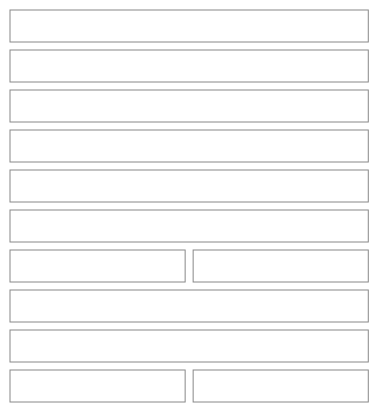
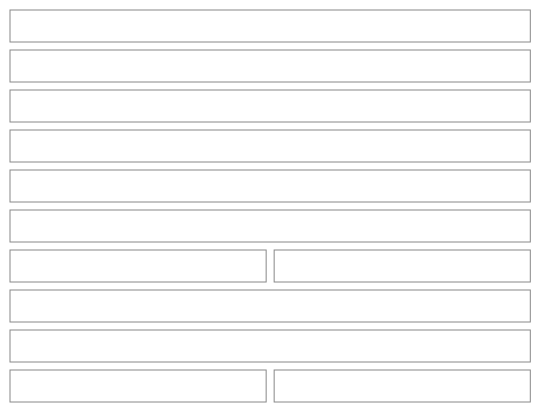
Before and after one commit to NovaMoonX/moondreams-dev-apps: diagram 16 of 33 in src/apps/pinch/UX.md, drawn with Mermaid. The commit also changed other lines of this file and 30 other files, not shown here.

````diff
--- a/src/apps/pinch/UX.md
+++ b/src/apps/pinch/UX.md
@@ -477,29 +507,29 @@
 ```mermaid
 %%{init: {'theme': 'base', 'themeVariables': {'primaryColor': 'transparent', 'primaryBorderColor': '#888888', 'primaryTextColor': '#333333', 'lineColor': '#888888'}}}%%
 block-beta
   columns 2
   T1["Adobo chicken"]:2
-  T2["🍽️ 4 servings · 🔪 Prep 10 min · ⏲️ Cook 35 min"]:2
+  T2["🍽️ 4 servings · 🔪 Prep 10 min · ⏲️ Cook 35 min · 📖 From Serious Eats"]:2
   T4["Cost $12.80 ⚠ · $3.20 per serving"]:2
   T5["🔥 495 · 💪 61g · 🌾 3g · 🥑 25g (when on)"]:2
   T6["2 ingredients need a price · Add prices   ✕"]:2
   T7["INGREDIENTS 6"]:2
   T8["Chicken thighs"]:1
   T9["2 lb"]:1
   T10["STEPS"]:2
   T11["1. Marinate the chicken…"]:2
   T12["Modify"]:1
   T13["Add to calendar"]:1
   style T1 fill:transparent,stroke:#888888,stroke-width:1px;
   style T2 fill:transparent,stroke:#888888,stroke-width:1px;
   style T4 fill:transparent,stroke:#888888,stroke-width:1px;
   style T5 fill:transparent,stroke:#888888,stroke-width:1px;
   style T6 fill:transparent,stroke:#888888,stroke-width:1px;
   style T7 fill:transparent,stroke:#888888,stroke-width:1px;
   style T8 fill:transparent,stroke:#888888,stroke-width:1px;
   style T9 fill:transparent,stroke:#888888,stroke-width:1px;
   style T10 fill:transparent,stroke:#888888,stroke-width:1px;
   style T11 fill:transparent,stroke:#888888,stroke-width:1px;
   style T12 fill:transparent,stroke:#888888,stroke-width:1px;
   style T13 fill:transparent,stroke:#888888,stroke-width:1px;
 ```
````
